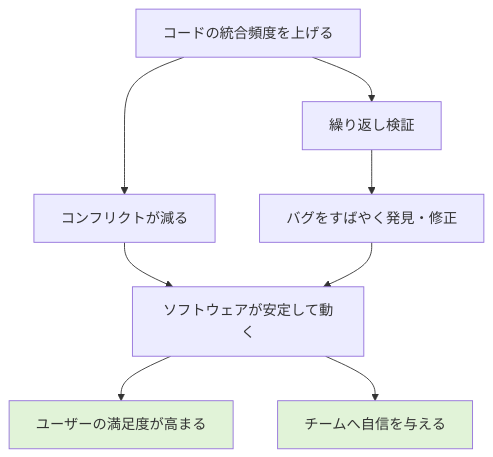
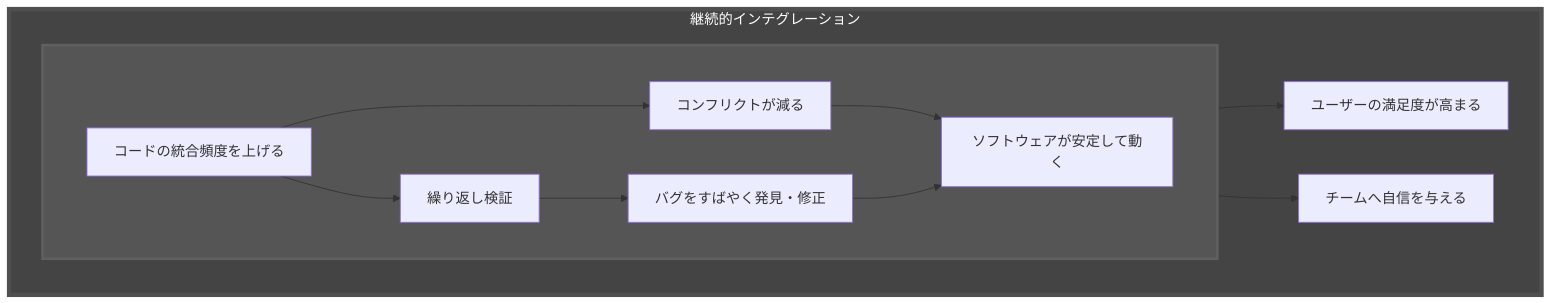
One commit to koach-noir/github-actions-ci-cd-study changed the sixth of 8 diagrams in LEARNING NOTES.md. Above: the diagram before and after it, drawn with Mermaid. The commit also changed other lines of this file and 2 other files, not shown here.

````diff
--- a/LEARNING NOTES.md
+++ b/LEARNING NOTES.md
@@ -74,21 +185,28 @@
 ```mermaid
 flowchart TD
-    A["コードの統合頻度を上げる"]
-    B["コンフリクトが減る"]
-    C["繰り返し検証"]
-    D["バグをすばやく発見・修正"]
-    E["ソフトウェアが安定して動く"]
-    F["ユーザーの満足度が高まる"]
-    G["チームへ自信を与える"]
+    classDef lv1-box stroke:#4f4f4f,fill:#444444,color:#ffffff,stroke-width:5px;
+    Outer1:::lv1-box
+    subgraph Outer1[継続的インテグレーション]
+            classDef lv2-box stroke:#5f5f5f,fill:#555555,color:#ffffff,stroke-width:3px;
+            Outer2:::lv2-box
+            subgraph Outer2[ ]
+                direction LR
+                A["コードの統合頻度を上げる"]
+                B["コンフリクトが減る"]
+                C["繰り返し検証"]
+                D["バグをすばやく発見・修正"]
+                E["ソフトウェアが安定して動く"]
 
-    A --> B
-    A --> C
-    B --> E
-    C --> D
-    D --> E
+                A --> B
+                A --> C
+                B --> E
+                C --> D
+                D --> E
+            end
+        F["ユーザーの満足度が高まる"]
+        G["チームへ自信を与える"]
+    end
+
     E --> F
     E --> G
-
-    style G fill:#e1f3d8
-    style F fill:#e1f3d8
 ```
````
